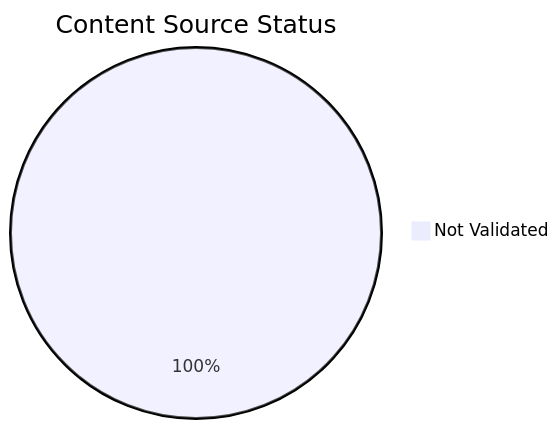
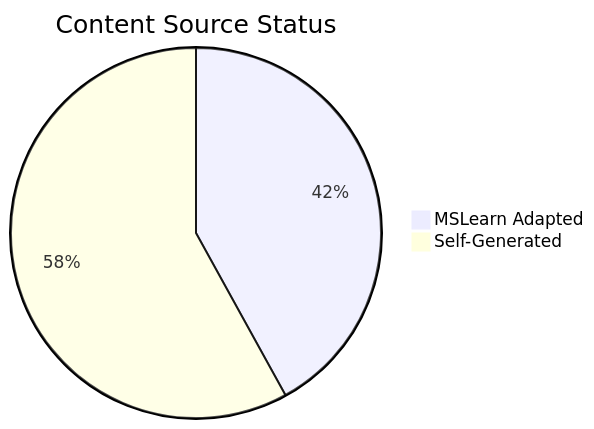
The diagram in docs/reference/content-validation-status.md (yeongseon/azure-networking-practical-guide), drawn with Mermaid before and after one commit. The commit also changed other lines of this file and 75 other files, not shown here.

First line of the commit message:
feat: add MSLearn source attribution to all 81 mermaid diagrams

````diff
--- a/docs/reference/content-validation-status.md
+++ b/docs/reference/content-validation-status.md
@@ -20,4 +33,5 @@
 ```mermaid
 pie title Content Source Status
-    "Not Validated" : 80
+    "MSLearn Adapted" : 34
+    "Self-Generated" : 47
 ```
````
